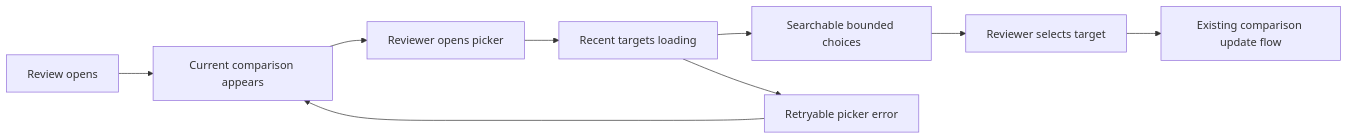
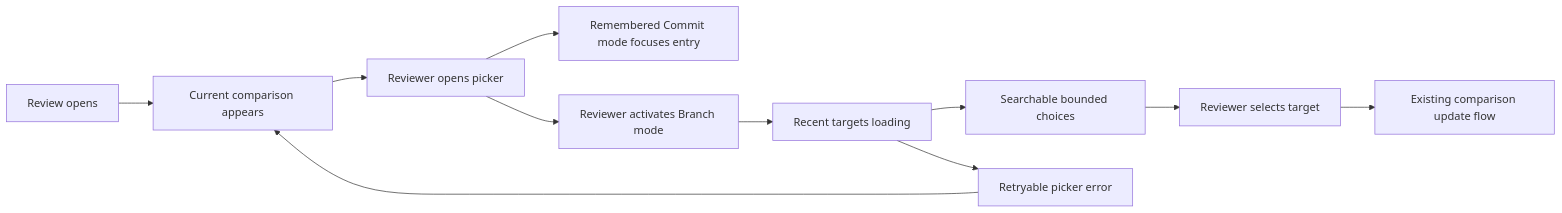
Before and after one commit to ShravanSunder/agentstudio: the first of 3 diagrams in docs/specs/2026-08-10-bridge-review-comparison-target-loading/specification.md, drawn with Mermaid. The commit also changed other lines of this file and 5 other files, not shown here.

Commit message:
docs: correct review target loading architecture

````diff
--- a/docs/specs/2026-08-10-bridge-review-comparison-target-loading/specification.md
+++ b/docs/specs/2026-08-10-bridge-review-comparison-target-loading/specification.md
@@ -12,11 +17,13 @@
 ```mermaid
 flowchart LR
     Review[Review opens] --> Current[Current comparison appears]
     Current --> Open[Reviewer opens picker]
-    Open --> Loading[Recent targets loading]
+    Open --> Commit[Remembered Commit mode focuses entry]
+    Open --> Branch[Reviewer activates Branch mode]
+    Branch --> Loading[Recent targets loading]
     Loading --> Ready[Searchable bounded choices]
     Loading --> Failed[Retryable picker error]
     Ready --> Select[Reviewer selects target]
     Select --> Existing[Existing comparison update flow]
     Failed --> Current
 ```
````
